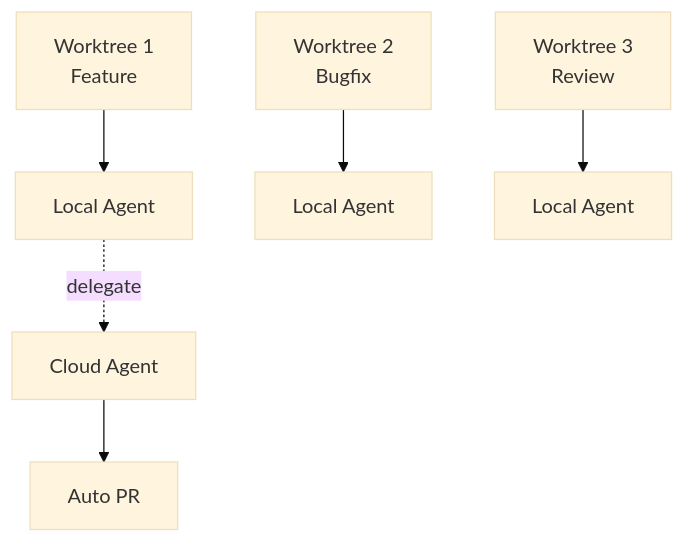
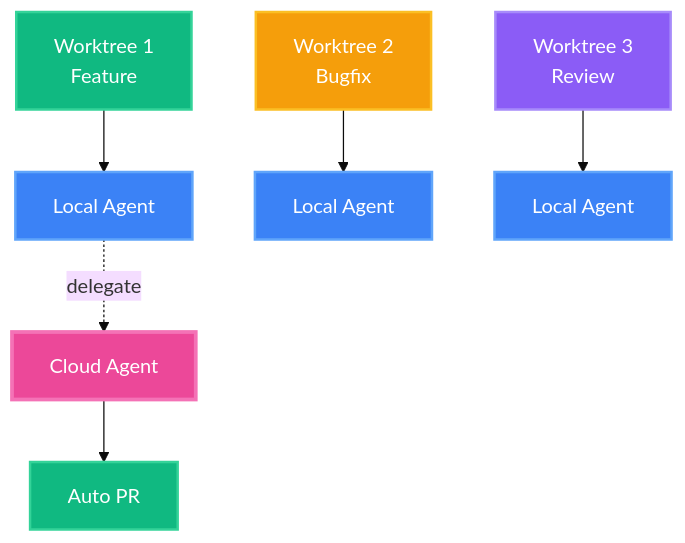
One commit to TheRoks/git-worktree changed the third of 3 diagrams in slides.md. Above: the diagram before and after it, drawn with Mermaid (base theme). The commit also changed other lines of this file and 3 other files, not shown here.

````diff
--- a/slides.md
+++ b/slides.md
@@ -757,20 +798,27 @@
 ```mermaid {scale: 0.6, theme: 'dark'}
 graph TB
-    W1["Worktree 1<br/>Feature"]
-    W2["Worktree 2<br/>Bugfix"]
-    W3["Worktree 3<br/>Review"]
+    W1["Worktree 1<br/>Feature"]:::worktree1
+    W2["Worktree 2<br/>Bugfix"]:::worktree2
+    W3["Worktree 3<br/>Review"]:::worktree3
 
-    A1["Local Agent"]
-    A2["Local Agent"]
-    A3["Local Agent"]
+    A1["Local Agent"]:::localAgent
+    A2["Local Agent"]:::localAgent
+    A3["Local Agent"]:::localAgent
 
-    CA["Cloud Agent"]
-    PR["Auto PR"]
+    CA["Cloud Agent"]:::cloudAgent
+    PR["Auto PR"]:::pr
 
     W1 --> A1
     W2 --> A2
     W3 --> A3
 
     A1 -.->|delegate| CA
     CA --> PR
+
+    classDef worktree1 fill:#10b981,stroke:#34d399,stroke-width:2px,color:#fff
+    classDef worktree2 fill:#f59e0b,stroke:#fbbf24,stroke-width:2px,color:#fff
+    classDef worktree3 fill:#8b5cf6,stroke:#a78bfa,stroke-width:2px,color:#fff
+    classDef localAgent fill:#3b82f6,stroke:#60a5fa,stroke-width:2px,color:#fff
+    classDef cloudAgent fill:#ec4899,stroke:#f472b6,stroke-width:3px,color:#fff
+    classDef pr fill:#10b981,stroke:#34d399,stroke-width:2px,color:#fff
 ```
````
